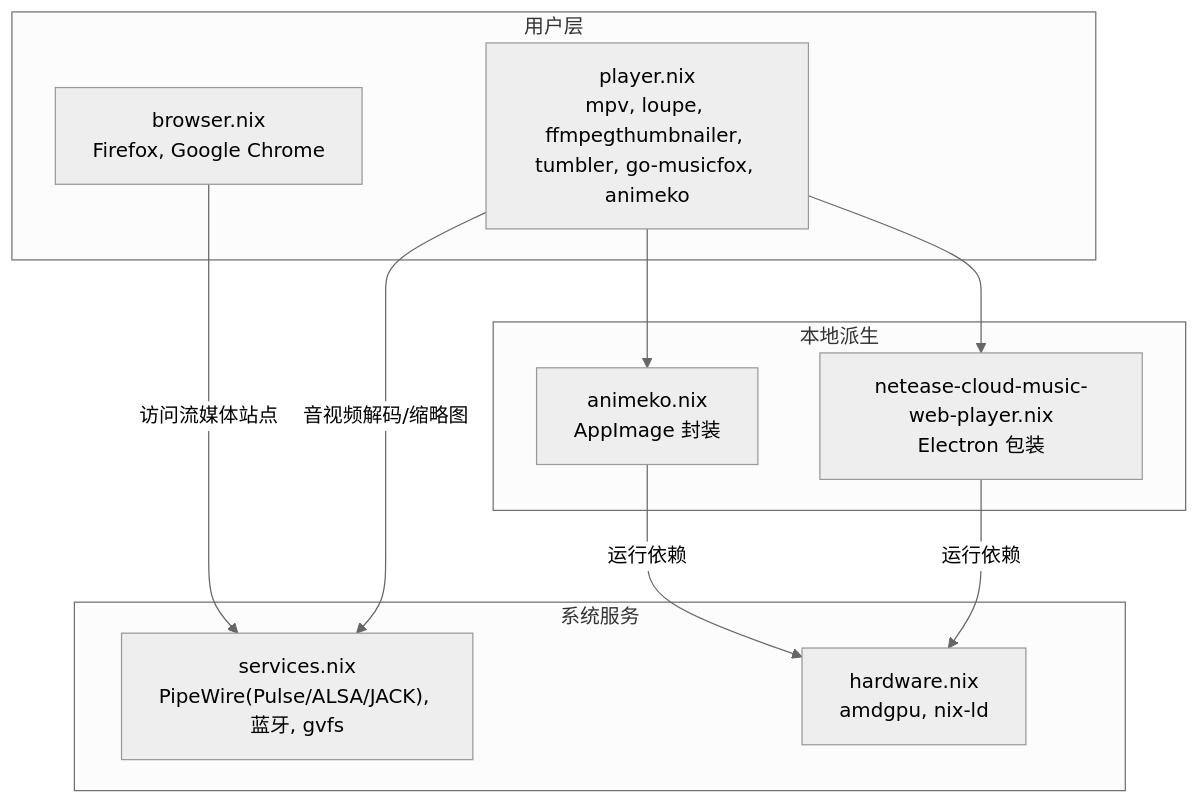
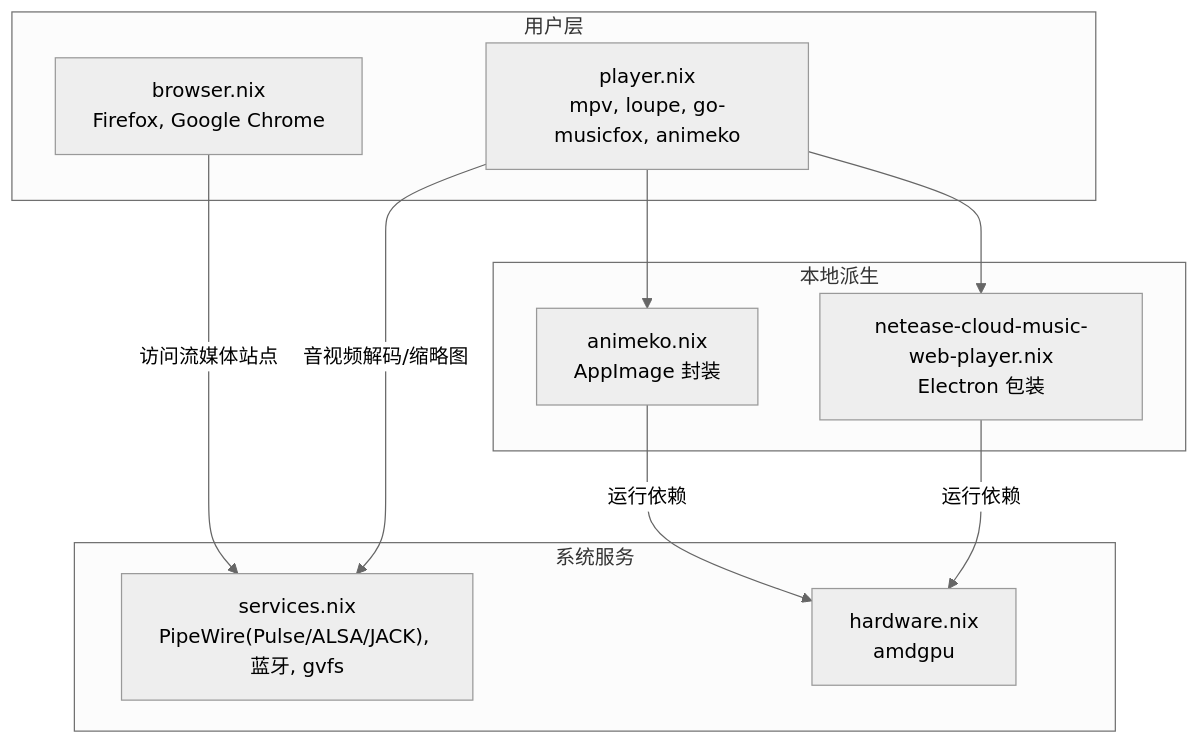
One commit to Shangshui0302/myNixOSConfig changed the diagram in wiki/leisure/media.md. Above: the diagram before and after it, drawn with Mermaid (neutral theme). The commit also changed other lines of this file and 55 other files, not shown here.

````diff
--- a/wiki/leisure/media.md
+++ b/wiki/leisure/media.md
@@ -14,21 +14,21 @@
 ```mermaid
 graph TB
 subgraph "用户层"
-P["player.nix<br/>mpv, loupe, ffmpegthumbnailer, tumbler, go-musicfox, animeko"]
+P["player.nix<br/>mpv, loupe, go-musicfox, animeko"]
 B["browser.nix<br/>Firefox, Google Chrome"]
 end
 subgraph "本地派生"
 A["animeko.nix<br/>AppImage 封装"]
 N["netease-cloud-music-web-player.nix<br/>Electron 包装"]
 end
 subgraph "系统服务"
 S["services.nix<br/>PipeWire(Pulse/ALSA/JACK), 蓝牙, gvfs"]
-H["hardware.nix<br/>amdgpu, nix-ld"]
+H["hardware.nix<br/>amdgpu"]
 end
 P --> A
 P --> N
 B --> |"访问流媒体站点"| S
 P --> |"音视频解码/缩略图"| S
 A --> |"运行依赖"| H
 N --> |"运行依赖"| H
 ```
````
